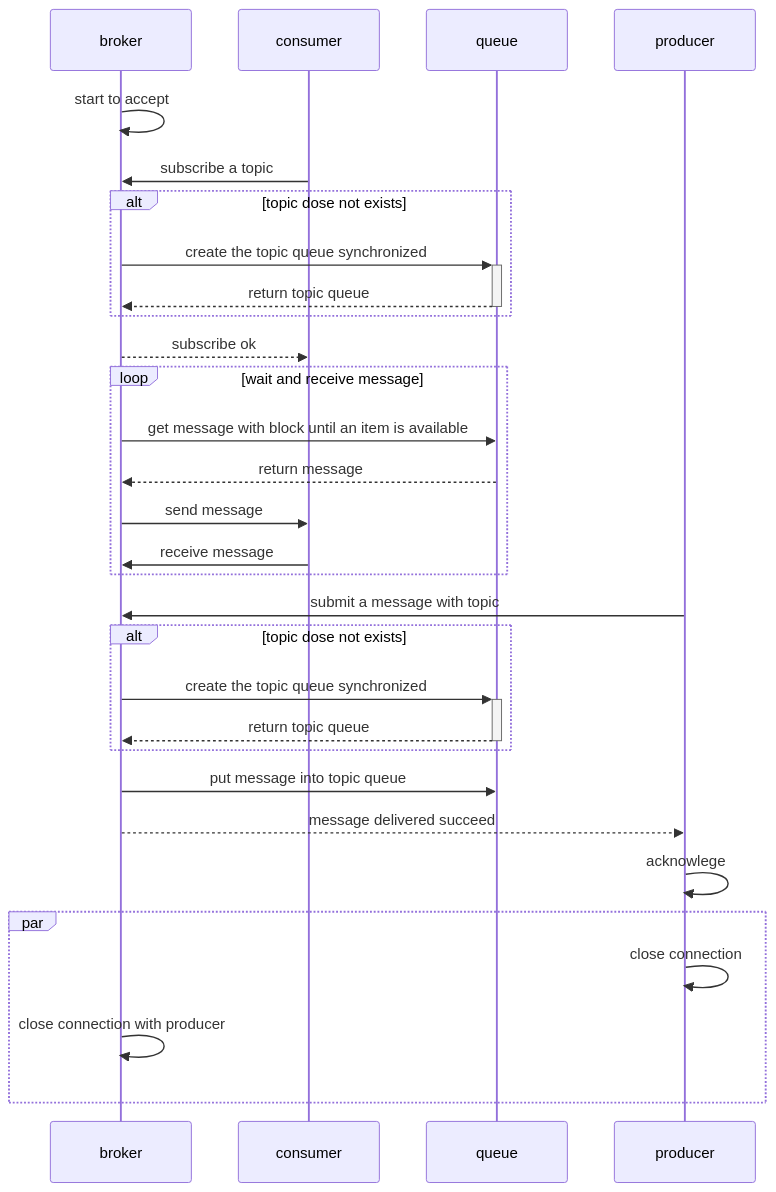
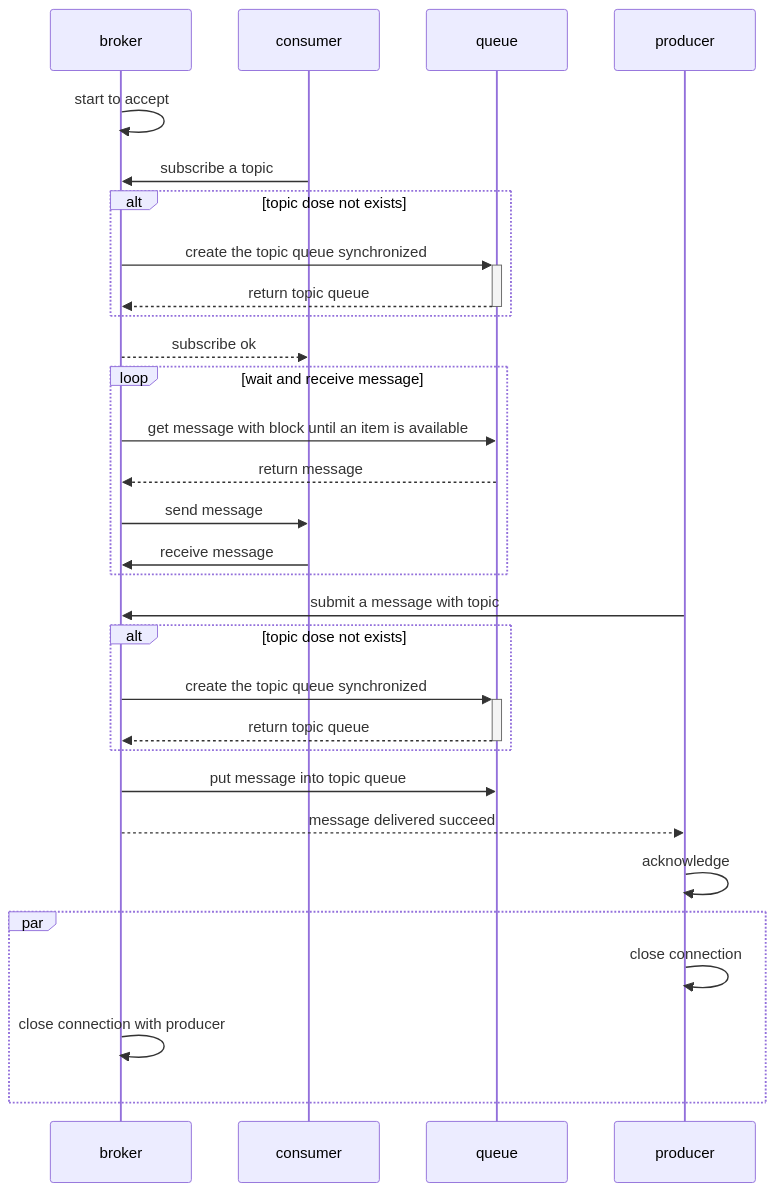
The diagram in README.md (shenhuiqi/pmq), drawn with Mermaid before and after one commit.

Commit message:
trivial amendment

````diff
--- a/README.md
+++ b/README.md
@@ -7,28 +7,28 @@
 ```mermaid
 sequenceDiagram
     broker->>broker:start to accept
     consumer->>broker:subscribe a topic
     alt topic dose not exists
         broker->>+queue:create the topic queue synchronized
         queue-->>-broker:return topic queue
     end
     broker-->>consumer:subscribe ok
     loop wait and receive message
         broker->>queue:get message with block until an item is available
         queue-->>broker:return message
         broker->>consumer:send message
         consumer->>broker:receive message
     end
     producer->>broker:submit a message with topic
     alt topic dose not exists
         broker->>+queue:create the topic queue synchronized
         queue-->>-broker:return topic queue
     end
     broker->>queue:put message into topic queue
     broker-->>producer:message delivered succeed
-    producer->>producer:acknowlege
+    producer->>producer:acknowledge
     par
         producer->>producer:close connection
         broker->>broker:close connection with producer
     end
 ```
````
